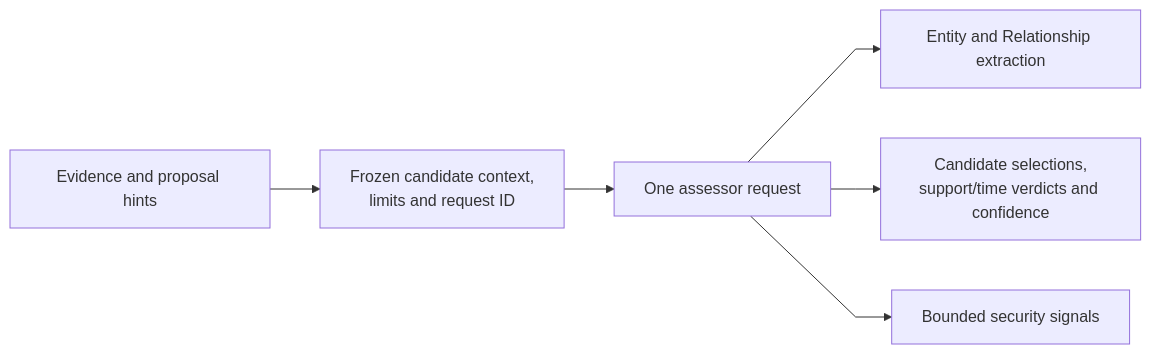
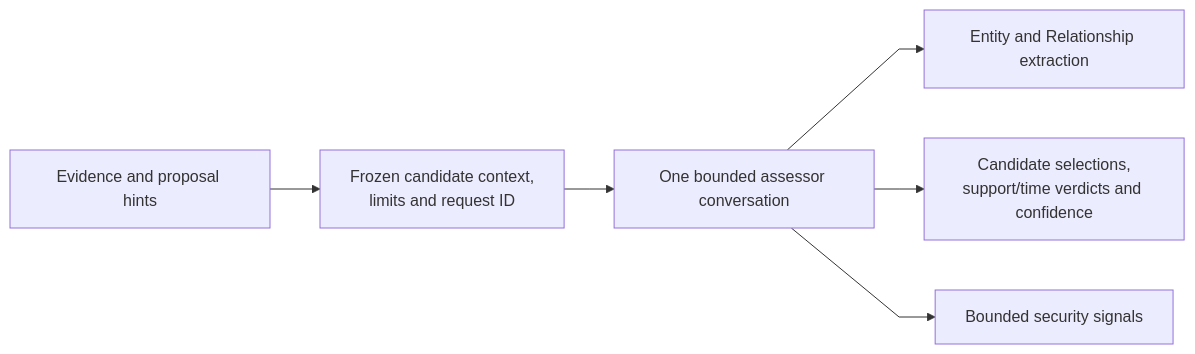
Before and after one commit to markhuangai/dense-mem: the eighth of 14 diagrams in Write-Pipeline.md, drawn with Mermaid. The commit also changed other lines of this file and 18 other files, not shown here.

````diff
--- a/Write-Pipeline.md
+++ b/Write-Pipeline.md
@@ -360,9 +372,9 @@
 ```mermaid
 %%{init: {"flowchart": {"curve": "linear"}}}%%
 flowchart LR
   Evidence["Evidence and proposal hints"] --> Freeze["Frozen candidate context,<br/>limits and request ID"]
-  Freeze --> Assessor["One assessor request"]
+  Freeze --> Assessor["One bounded assessor conversation"]
   Assessor --> Structure["Entity and Relationship extraction"]
   Assessor --> Judgment["Candidate selections,<br/>support/time verdicts and confidence"]
   Assessor --> Security["Bounded security signals"]
 ```
````
